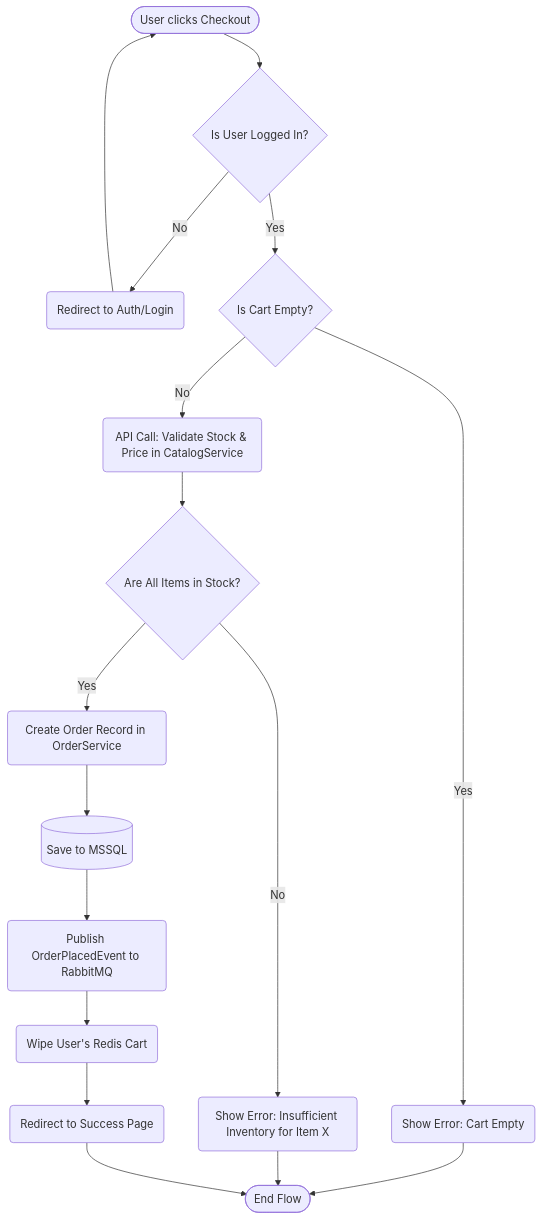
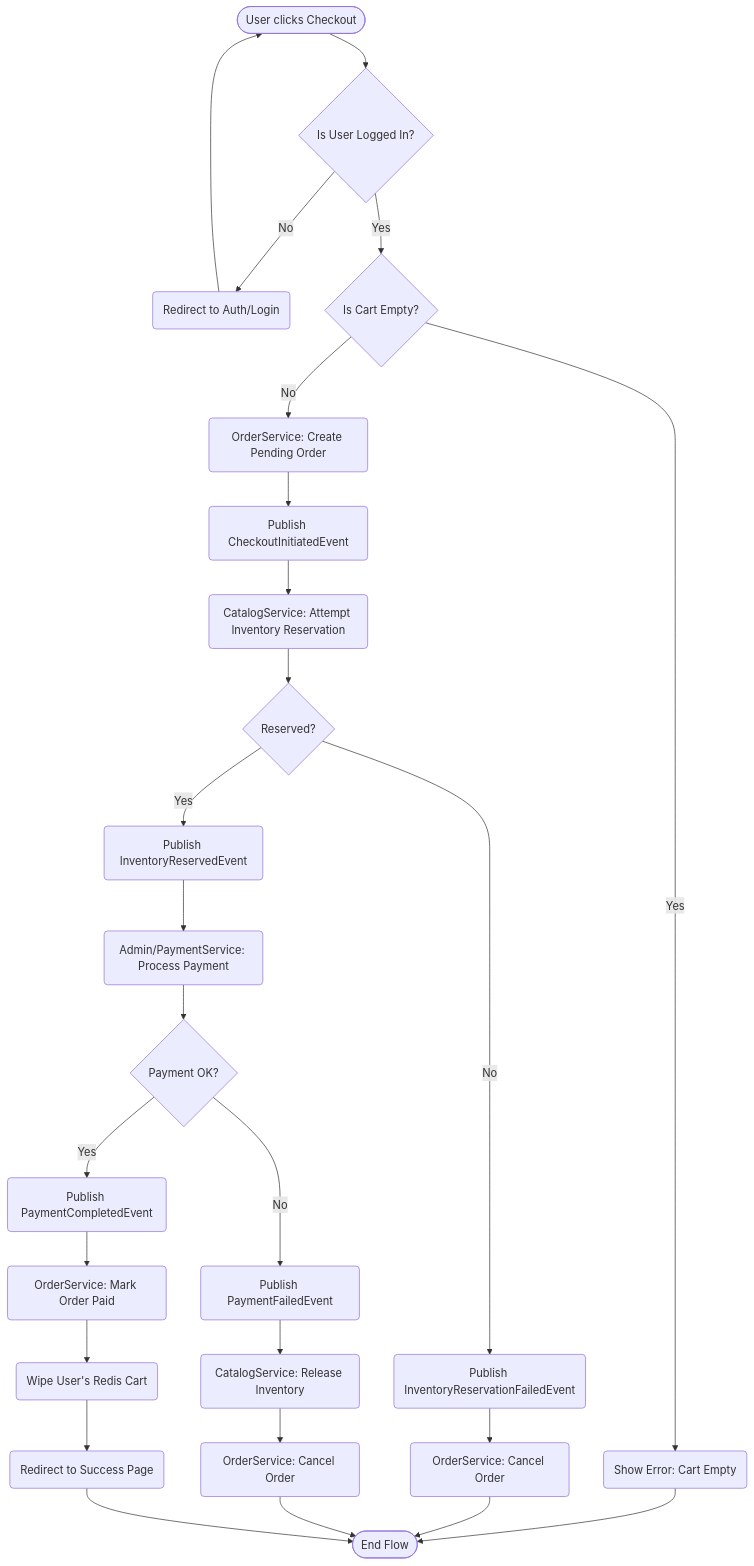
One commit to Kundan12218014/FastTrack-CapShop changed the fifth of 16 diagrams in CapShop/docs/SystemArchitecture.md. Above: the diagram before and after it, drawn with Mermaid. The commit also changed other lines of this file and 95 other files, not shown here.

````diff
--- a/CapShop/docs/SystemArchitecture.md
+++ b/CapShop/docs/SystemArchitecture.md
@@ -181,25 +181,36 @@
 ```mermaid
 flowchart TD
     Start([User clicks Checkout]) --> ValUser{Is User Logged In?}
-    
+
     ValUser -->|No| PromptLogin(Redirect to Auth/Login)
     PromptLogin --> Start
-    
+
     ValUser -->|Yes| ValCart{Is Cart Empty?}
-    
+
     ValCart -->|Yes| ErrCart(Show Error: Cart Empty)
     ErrCart --> End([End Flow])
-    
-    ValCart -->|No| FetchStock(API Call: Validate Stock & Price in CatalogService)
-    FetchStock --> CheckStock{Are All Items in Stock?}
-    
-    CheckStock -->|No| ErrStock(Show Error: Insufficient Inventory for Item X)
-    ErrStock --> End
-    
-    CheckStock -->|Yes| PlaceOrder(Create Order Record in OrderService)
-    PlaceOrder --> DBUpdate[(Save to MSSQL)]
-    DBUpdate --> PubEvent(Publish OrderPlacedEvent to RabbitMQ)
-    PubEvent --> ClearCart(Wipe User's Redis Cart)
+
+    ValCart -->|No| CreateOrder(OrderService: Create Pending Order)
+    CreateOrder --> PubCheckout(Publish CheckoutInitiatedEvent)
+
+    PubCheckout --> ReserveInv(CatalogService: Attempt Inventory Reservation)
+    ReserveInv --> CheckInv{Reserved?}
+    CheckInv -->|No| PubInvFail(Publish InventoryReservationFailedEvent)
+    PubInvFail --> CompensateOrder(OrderService: Cancel Order)
+    CompensateOrder --> End
+
+    CheckInv -->|Yes| PubInvSuccess(Publish InventoryReservedEvent)
+    PubInvSuccess --> ProcessPayment(Admin/PaymentService: Process Payment)
+    ProcessPayment --> CheckPay{Payment OK?}
+
+    CheckPay -->|No| PubPayFail(Publish PaymentFailedEvent)
+    PubPayFail --> CompensateInv(CatalogService: Release Inventory)
+    CompensateInv --> CompensateOrder2(OrderService: Cancel Order)
+    CompensateOrder2 --> End
+
+    CheckPay -->|Yes| PubPaySuccess(Publish PaymentCompletedEvent)
+    PubPaySuccess --> ConfirmOrder(OrderService: Mark Order Paid)
+    ConfirmOrder --> ClearCart(Wipe User's Redis Cart)
     ClearCart --> Success(Redirect to Success Page)
     Success --> End
 ```
````
